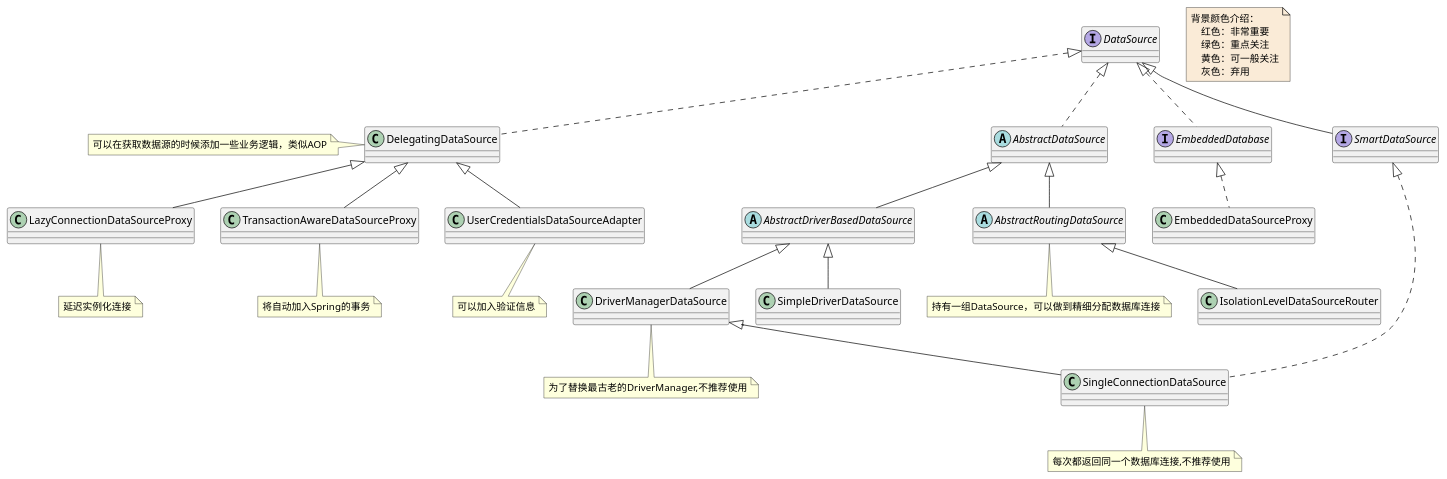
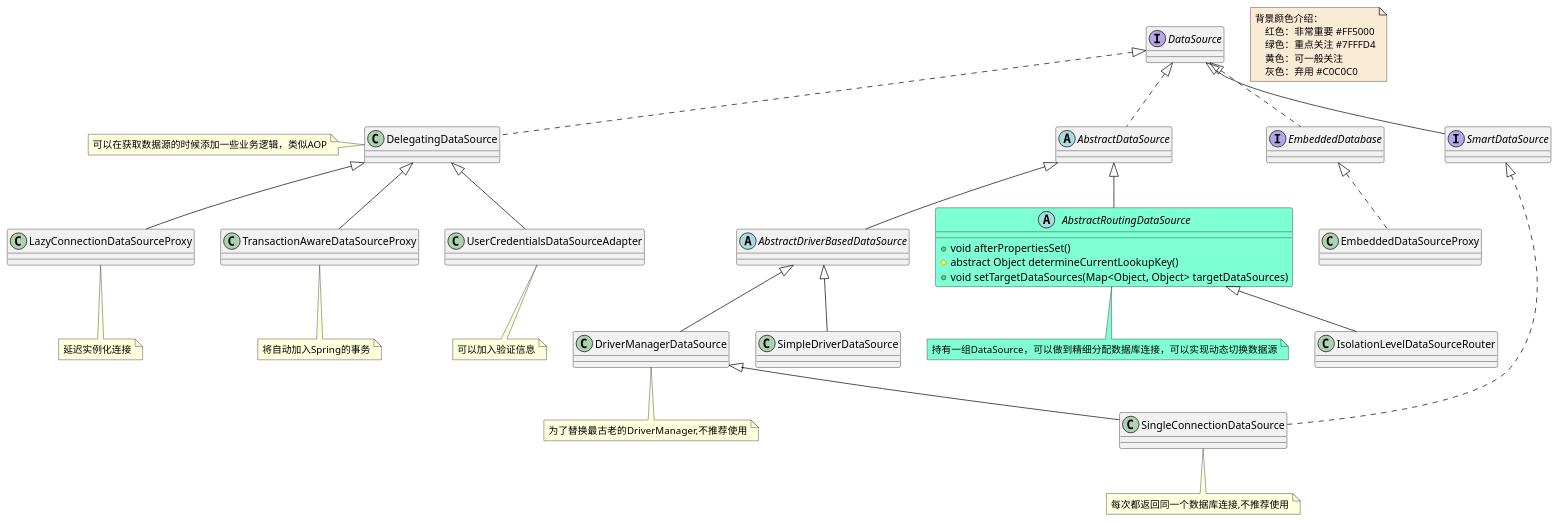
One commit to czwer/learn-spring-code changed the diagram in document/spring/data/class/JDBC-DataSource-class.puml. Above: the diagram before and after it, drawn with PlantUML. The commit also changed 66 other files, not shown here.

```diff
--- a/document/spring/data/class/JDBC-DataSource-class.puml
+++ b/document/spring/data/class/JDBC-DataSource-class.puml
@@ -1,60 +1,63 @@
 @startuml
 
 note  as N1 #FAEBD7
     背景颜色介绍：
-        红色：非常重要
-        绿色：重点关注
+        红色：非常重要 #FF5000
+        绿色：重点关注 #7FFFD4
         黄色：可一般关注
-        灰色：弃用
+        灰色：弃用 #C0C0C0
 end note
 
 interface DataSource
 abstract class AbstractDataSource
 abstract class AbstractDriverBasedDataSource
-abstract class AbstractRoutingDataSource
-note bottom : 持有一组DataSource，可以做到精细分配数据库连接
+abstract class AbstractRoutingDataSource #7FFFD4
+AbstractRoutingDataSource : +void afterPropertiesSet()
+AbstractRoutingDataSource : #abstract Object determineCurrentLookupKey()
+AbstractRoutingDataSource : +void setTargetDataSources(Map<Object, Object> targetDataSources)
+note bottom #7FFFD4: 持有一组DataSource，可以做到精细分配数据库连接，可以实现动态切换数据源
 class DelegatingDataSource
 note left : 可以在获取数据源的时候添加一些业务逻辑，类似AOP
 class DriverManagerDataSource
 note bottom : 为了替换最古老的DriverManager,不推荐使用
 interface EmbeddedDatabase
 class EmbeddedDataSourceProxy
 class IsolationLevelDataSourceRouter
 class LazyConnectionDataSourceProxy
 note bottom : 延迟实例化连接
 class SimpleDriverDataSource
 class SingleConnectionDataSource
 note bottom : 每次都返回同一个数据库连接,不推荐使用
 interface SmartDataSource
 class TransactionAwareDataSourceProxy
 note bottom : 将自动加入Spring的事务
 class UserCredentialsDataSourceAdapter
 note bottom : 可以加入验证信息
 
 
 
 AbstractDataSource <|-- AbstractDriverBasedDataSource
 AbstractDataSource <|-- AbstractRoutingDataSource
 
 
 AbstractDriverBasedDataSource <|-- DriverManagerDataSource
 AbstractDriverBasedDataSource <|-- SimpleDriverDataSource
 
 AbstractRoutingDataSource <|-- IsolationLevelDataSourceRouter
 
 DataSource <|.. AbstractDataSource
 DataSource <|.. DelegatingDataSource
 DataSource <|.. EmbeddedDatabase
 DataSource <|-- SmartDataSource
 
 DelegatingDataSource <|-- LazyConnectionDataSourceProxy
 DelegatingDataSource <|-- TransactionAwareDataSourceProxy
 DelegatingDataSource <|-- UserCredentialsDataSourceAdapter
 
 DriverManagerDataSource <|-- SingleConnectionDataSource
 
 EmbeddedDatabase <|.. EmbeddedDataSourceProxy
 
 SmartDataSource <|.. SingleConnectionDataSource
 
 @enduml
```
